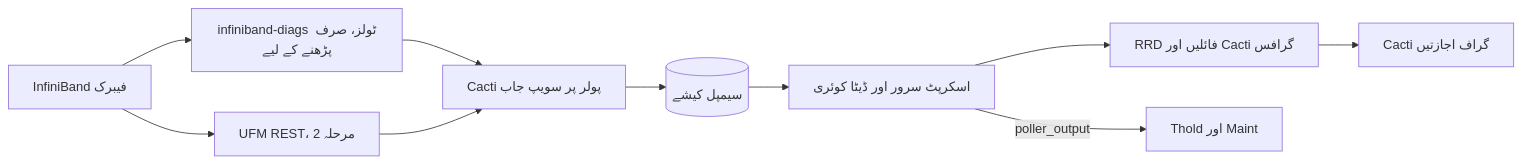
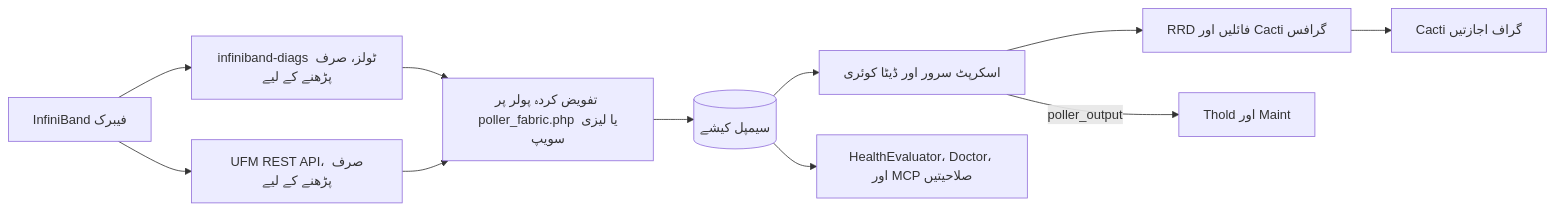
One commit to somethingwithproof/plugin_fabric changed the diagram in docs/i18n/ur-PK/README.md. Above: the diagram before and after it, drawn with Mermaid. The commit also changed other lines of this file and 48 other files, not shown here.

````diff
--- a/docs/i18n/ur-PK/README.md
+++ b/docs/i18n/ur-PK/README.md
@@ -101,12 +132,13 @@
 ```mermaid
 flowchart LR
     F["InfiniBand فیبرک"] --> T["infiniband-diags ٹولز، صرف پڑھنے کے لیے"]
-    F --> U["UFM REST، مرحلہ 2"]
-    T --> S["Cacti پولر پر سویپ جاب"]
+    F --> U["UFM REST API، صرف پڑھنے کے لیے"]
+    T --> S["تفویض کردہ پولر پر poller_fabric.php یا لیزی سویپ"]
     U --> S
     S --> C[("سیمپل کیشے")]
     C --> SS["اسکرپٹ سرور اور ڈیٹا کوئری"]
     SS --> R["RRD فائلیں اور Cacti گرافس"]
     SS -->|poller_output| TH["Thold اور Maint"]
+    C --> H["HealthEvaluator، Doctor، اور MCP صلاحیتیں"]
     R --> P["Cacti گراف اجازتیں"]
 ```
````
